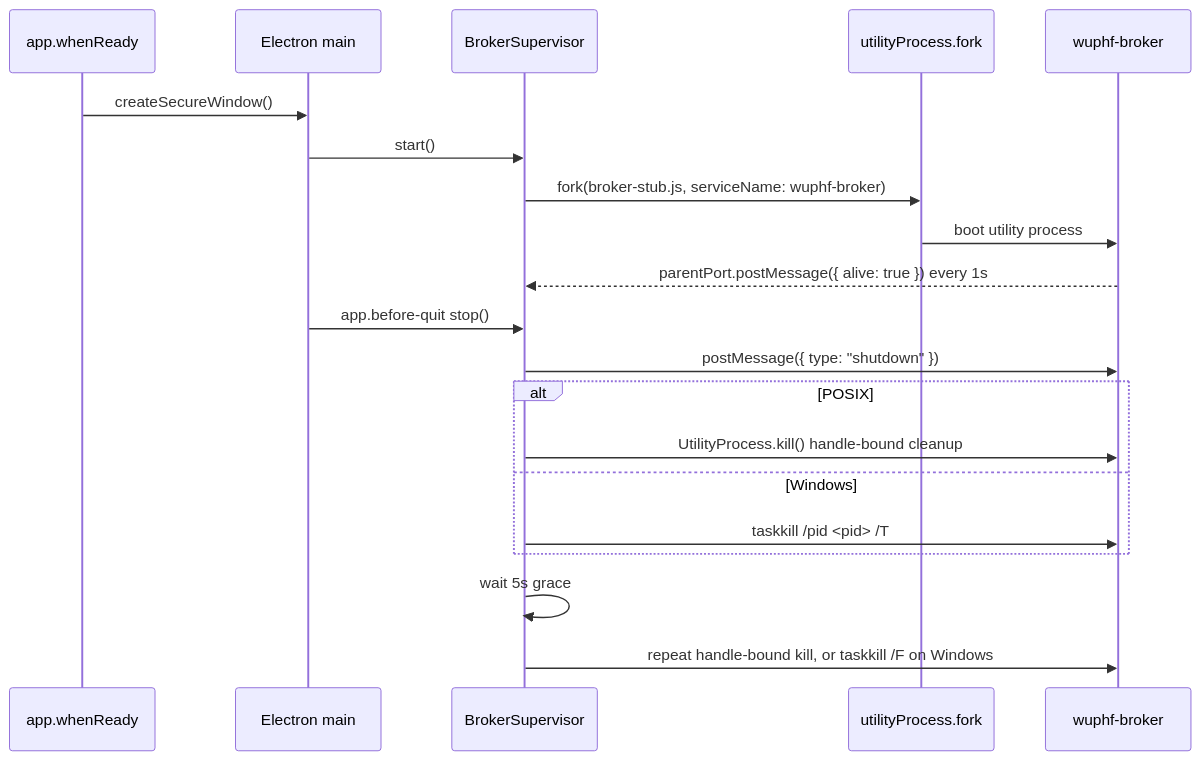
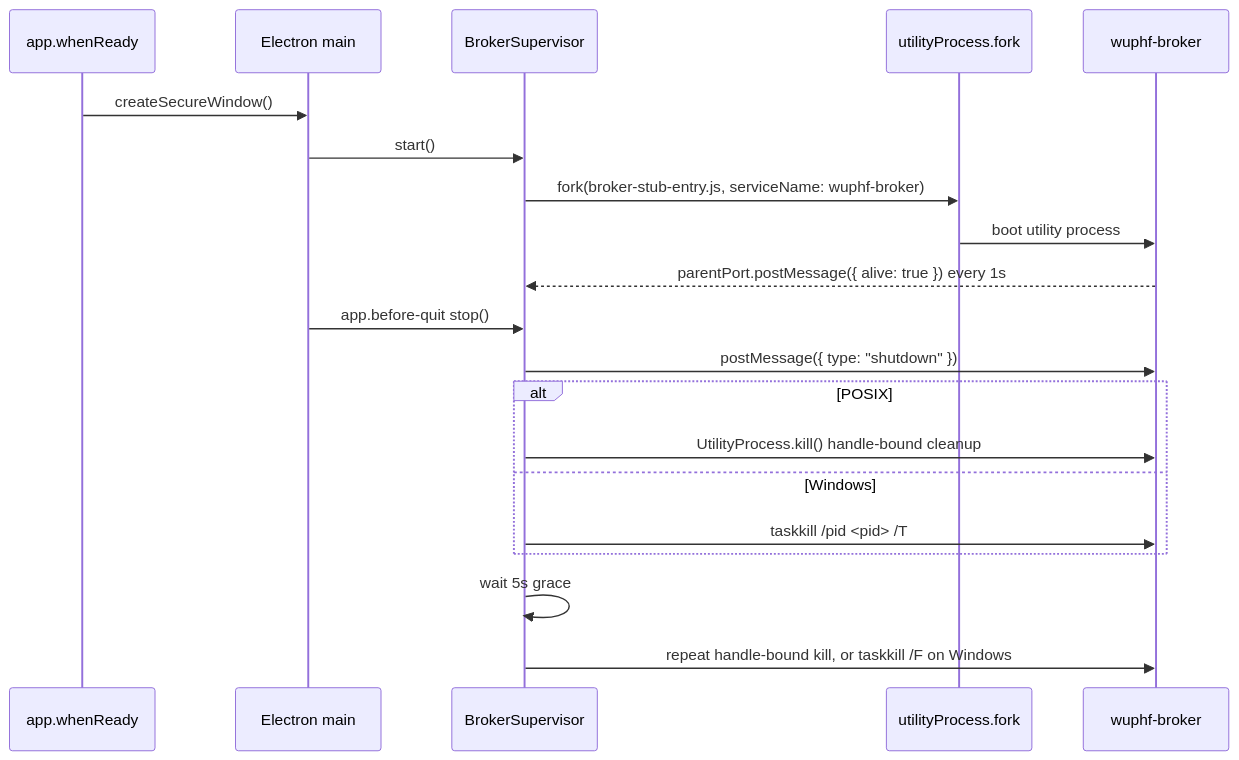
The diagram in apps/desktop/docs/modules/broker-spawn.md (nex-crm/wuphf), drawn with Mermaid before and after one commit. The commit also changed other lines of this file and 3 other files, not shown here.

Commit message:
refactor(desktop): clarify broker utility entry

````diff
--- a/apps/desktop/docs/modules/broker-spawn.md
+++ b/apps/desktop/docs/modules/broker-spawn.md
@@ -8,23 +8,23 @@
 ```mermaid
 sequenceDiagram
   participant App as app.whenReady
   participant Main as Electron main
   participant Supervisor as BrokerSupervisor
   participant Utility as utilityProcess.fork
   participant Broker as wuphf-broker
 
   App->>Main: createSecureWindow()
   Main->>Supervisor: start()
-  Supervisor->>Utility: fork(broker-stub.js, serviceName: wuphf-broker)
+  Supervisor->>Utility: fork(broker-stub-entry.js, serviceName: wuphf-broker)
   Utility->>Broker: boot utility process
   Broker-->>Supervisor: parentPort.postMessage({ alive: true }) every 1s
   Main->>Supervisor: app.before-quit stop()
   Supervisor->>Broker: postMessage({ type: "shutdown" })
   alt POSIX
     Supervisor->>Broker: UtilityProcess.kill() handle-bound cleanup
   else Windows
     Supervisor->>Broker: taskkill /pid <pid> /T
   end
   Supervisor->>Supervisor: wait 5s grace
   Supervisor->>Broker: repeat handle-bound kill, or taskkill /F on Windows
 ```
````
